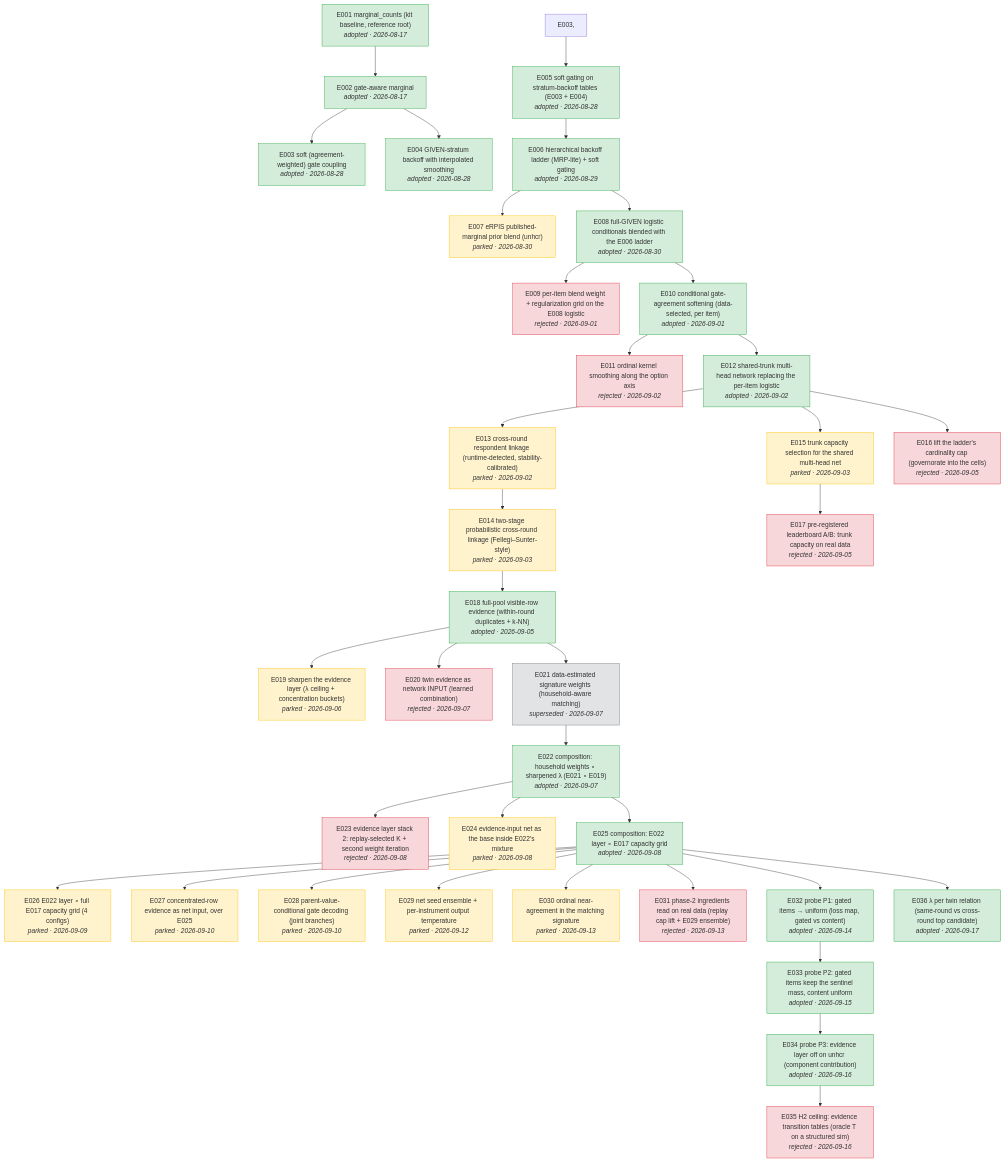
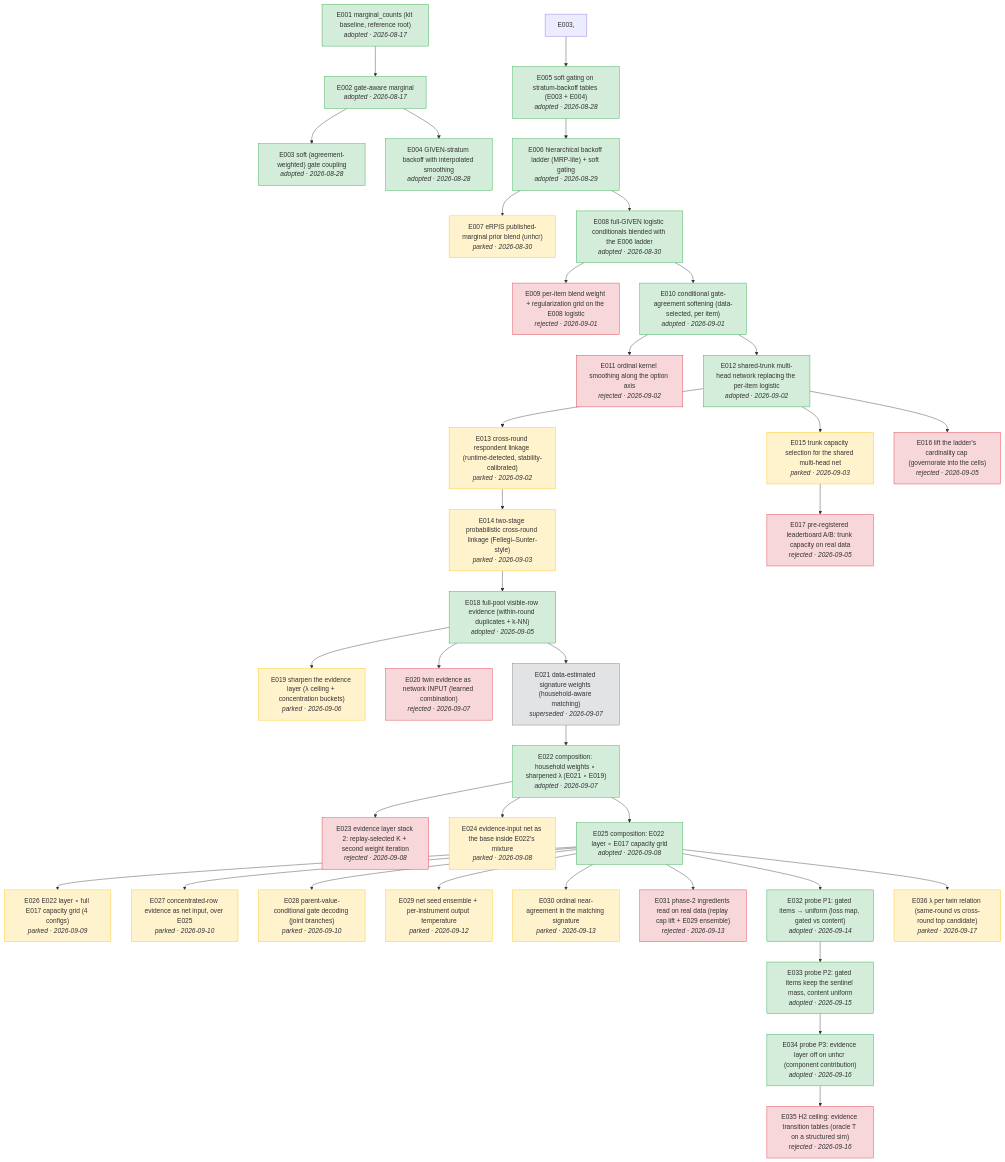
One commit to joon56/Simulacrabench-NeurIPS-2026- changed the diagram in docs/tree.md. Above: the diagram before and after it, drawn with Mermaid. The commit also changed 4 other files, not shown here.

Commit message:
E036: flat at 0.63 — relation-split λ parked; pooled λ adequate on real unhcr; phase-2 preparation becomes the main line

````diff
--- a/docs/tree.md
+++ b/docs/tree.md
@@ -5,82 +5,82 @@
 ```mermaid
 flowchart TD
     E001["E001 marginal_counts (kit baseline, reference root)<br/><i>adopted · 2026-08-17</i>"]
     E002["E002 gate-aware marginal<br/><i>adopted · 2026-08-17</i>"]
     E001 --> E002
     E003["E003 soft (agreement-weighted) gate coupling<br/><i>adopted · 2026-08-28</i>"]
     E002 --> E003
     E004["E004 GIVEN-stratum backoff with interpolated smoothing<br/><i>adopted · 2026-08-28</i>"]
     E002 --> E004
     E005["E005 soft gating on stratum-backoff tables (E003 + E004)<br/><i>adopted · 2026-08-28</i>"]
     E003, --> E005
     E006["E006 hierarchical backoff ladder (MRP-lite) + soft gating<br/><i>adopted · 2026-08-29</i>"]
     E005 --> E006
     E007["E007 eRPIS published-marginal prior blend (unhcr)<br/><i>parked · 2026-08-30</i>"]
     E006 --> E007
     E008["E008 full-GIVEN logistic conditionals blended with the E006 ladder<br/><i>adopted · 2026-08-30</i>"]
     E006 --> E008
     E009["E009 per-item blend weight + regularization grid on the E008 logistic<br/><i>rejected · 2026-09-01</i>"]
     E008 --> E009
     E010["E010 conditional gate-agreement softening (data-selected, per item)<br/><i>adopted · 2026-09-01</i>"]
     E008 --> E010
     E011["E011 ordinal kernel smoothing along the option axis<br/><i>rejected · 2026-09-02</i>"]
     E010 --> E011
     E012["E012 shared-trunk multi-head network replacing the per-item logistic<br/><i>adopted · 2026-09-02</i>"]
     E010 --> E012
     E013["E013 cross-round respondent linkage (runtime-detected, stability-calibrated)<br/><i>parked · 2026-09-02</i>"]
     E012 --> E013
     E014["E014 two-stage probabilistic cross-round linkage (Fellegi–Sunter-style)<br/><i>parked · 2026-09-03</i>"]
     E013 --> E014
     E015["E015 trunk capacity selection for the shared multi-head net<br/><i>parked · 2026-09-03</i>"]
     E012 --> E015
     E016["E016 lift the ladder's cardinality cap (governorate into the cells)<br/><i>rejected · 2026-09-05</i>"]
     E012 --> E016
     E017["E017 pre-registered leaderboard A/B: trunk capacity on real data<br/><i>rejected · 2026-09-05</i>"]
     E015 --> E017
     E018["E018 full-pool visible-row evidence (within-round duplicates + k-NN)<br/><i>adopted · 2026-09-05</i>"]
     E014 --> E018
     E019["E019 sharpen the evidence layer (λ ceiling + concentration buckets)<br/><i>parked · 2026-09-06</i>"]
     E018 --> E019
     E020["E020 twin evidence as network INPUT (learned combination)<br/><i>rejected · 2026-09-07</i>"]
     E018 --> E020
     E021["E021 data-estimated signature weights (household-aware matching)<br/><i>superseded · 2026-09-07</i>"]
     E018 --> E021
     E022["E022 composition: household weights ∘ sharpened λ (E021 ∘ E019)<br/><i>adopted · 2026-09-07</i>"]
     E021 --> E022
     E023["E023 evidence layer stack 2: replay-selected K + second weight iteration<br/><i>rejected · 2026-09-08</i>"]
     E022 --> E023
     E024["E024 evidence-input net as the base inside E022's mixture<br/><i>parked · 2026-09-08</i>"]
     E022 --> E024
     E025["E025 composition: E022 layer ∘ E017 capacity grid<br/><i>adopted · 2026-09-08</i>"]
     E022 --> E025
     E026["E026 E022 layer ∘ full E017 capacity grid (4 configs)<br/><i>parked · 2026-09-09</i>"]
     E025 --> E026
     E027["E027 concentrated-row evidence as net input, over E025<br/><i>parked · 2026-09-10</i>"]
     E025 --> E027
     E028["E028 parent-value-conditional gate decoding (joint branches)<br/><i>parked · 2026-09-10</i>"]
     E025 --> E028
     E029["E029 net seed ensemble + per-instrument output temperature<br/><i>parked · 2026-09-12</i>"]
     E025 --> E029
     E030["E030 ordinal near-agreement in the matching signature<br/><i>parked · 2026-09-13</i>"]
     E025 --> E030
     E031["E031 phase-2 ingredients read on real data (replay cap lift + E029 ensemble)<br/><i>rejected · 2026-09-13</i>"]
     E025 --> E031
     E032["E032 probe P1: gated items → uniform (loss map, gated vs content)<br/><i>adopted · 2026-09-14</i>"]
     E025 --> E032
     E033["E033 probe P2: gated items keep the sentinel mass, content uniform<br/><i>adopted · 2026-09-15</i>"]
     E032 --> E033
     E034["E034 probe P3: evidence layer off on unhcr (component contribution)<br/><i>adopted · 2026-09-16</i>"]
     E033 --> E034
     E035["E035 H2 ceiling: evidence transition tables (oracle T on a structured sim)<br/><i>rejected · 2026-09-16</i>"]
     E034 --> E035
-    E036["E036 λ per twin relation (same-round vs cross-round top candidate)<br/><i>adopted · 2026-09-17</i>"]
+    E036["E036 λ per twin relation (same-round vs cross-round top candidate)<br/><i>parked · 2026-09-17</i>"]
     E025 --> E036
     classDef adopted fill:#d4edda,stroke:#28a745
-    class E001,E002,E003,E004,E005,E006,E008,E010,E012,E018,E022,E025,E032,E033,E034,E036 adopted
+    class E001,E002,E003,E004,E005,E006,E008,E010,E012,E018,E022,E025,E032,E033,E034 adopted
     classDef rejected fill:#f8d7da,stroke:#dc3545
     class E009,E011,E016,E017,E020,E023,E031,E035 rejected
     classDef parked fill:#fff3cd,stroke:#ffc107
-    class E007,E013,E014,E015,E019,E024,E026,E027,E028,E029,E030 parked
+    class E007,E013,E014,E015,E019,E024,E026,E027,E028,E029,E030,E036 parked
     classDef superseded fill:#e2e3e5,stroke:#6c757d
     class E021 superseded
 ```
````
